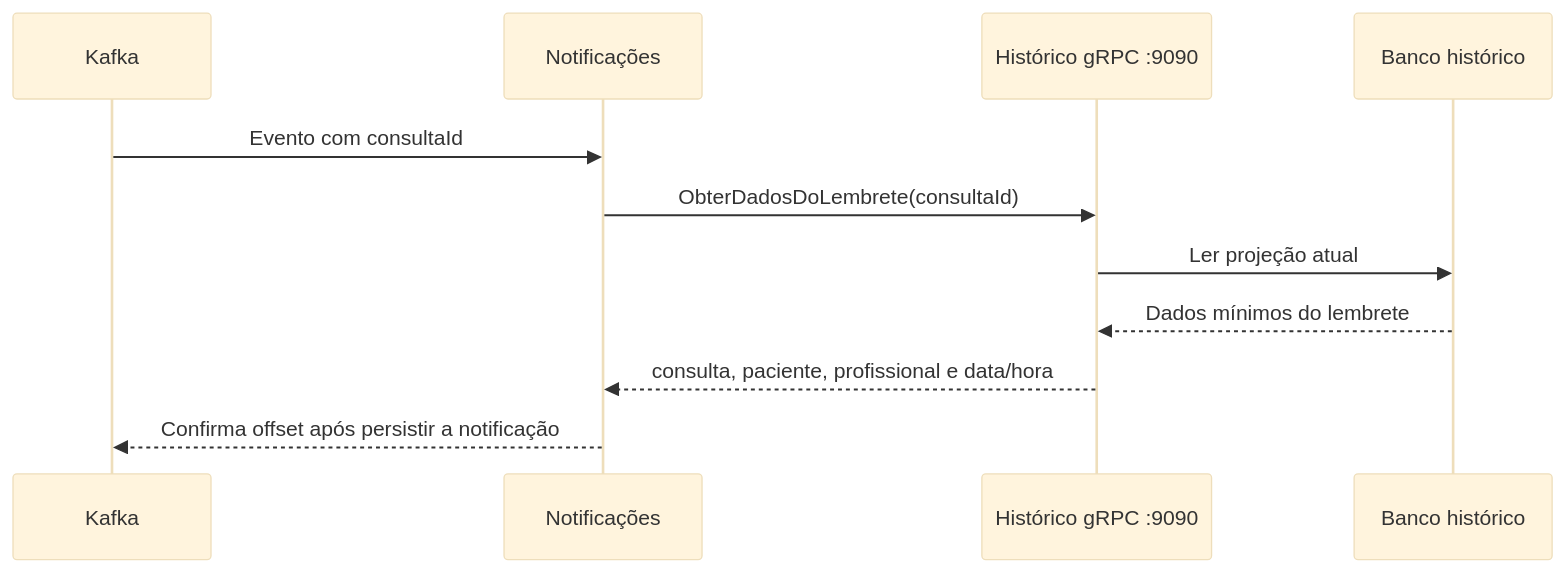
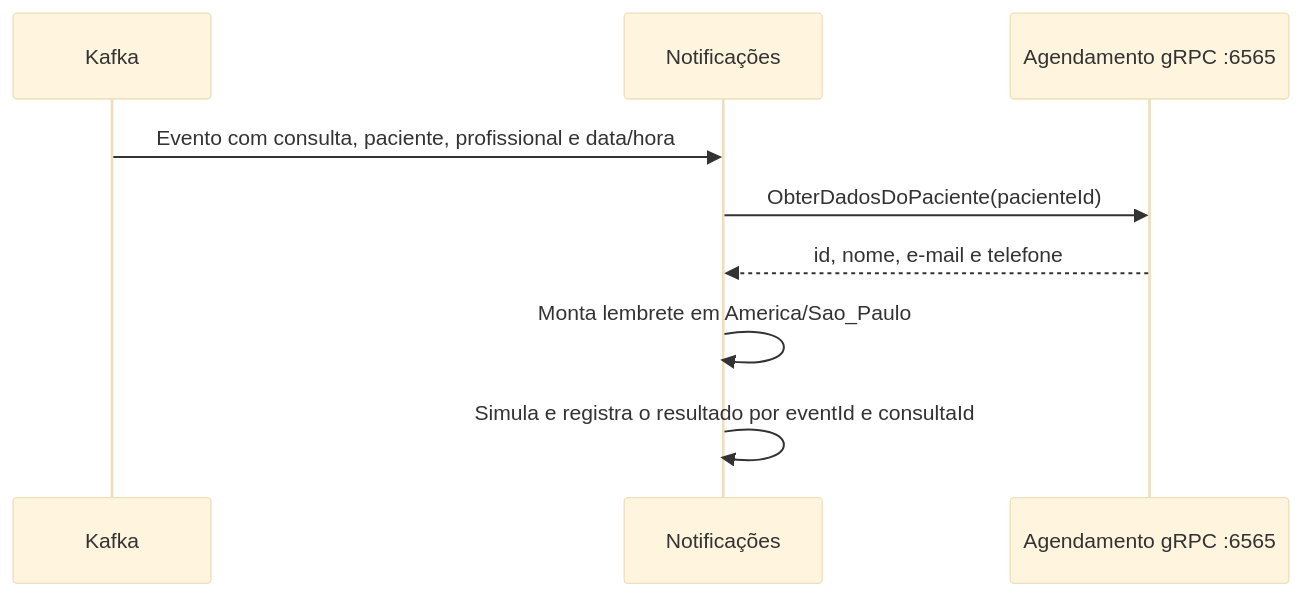
Before and after one commit to ailtonmartins/tech-challenge-fiap-fase-3: the second of 2 diagrams in docs/ROTEIRO_NAVEGACAO.md, drawn with Mermaid (base theme). The commit also changed other lines of this file and 4 other files, not shown here.

Commit message:
feat(gRPC): atualizar serviço de notificações para buscar dados do paciente via gRPC e atualizado documentação

````diff
--- a/docs/ROTEIRO_NAVEGACAO.md
+++ b/docs/ROTEIRO_NAVEGACAO.md
@@ -180,14 +155,12 @@
 ```mermaid
 sequenceDiagram
     participant K as Kafka
     participant N as Notificações
-    participant H as Histórico gRPC :9090
-    participant DB as Banco histórico
+    participant A as Agendamento gRPC :6565
 
-    K->>N: Evento com consultaId
-    N->>H: ObterDadosDoLembrete(consultaId)
-    H->>DB: Ler projeção atual
-    DB-->>H: Dados mínimos do lembrete
-    H-->>N: consulta, paciente, profissional e data/hora
-    N-->>K: Confirma offset após persistir a notificação
+    K->>N: Evento com consulta, paciente, profissional e data/hora
+    N->>A: ObterDadosDoPaciente(pacienteId)
+    A-->>N: id, nome, e-mail e telefone
+    N->>N: Monta lembrete em America/Sao_Paulo
+    N->>N: Simula e registra o resultado por eventId e consultaId
 ```
````
